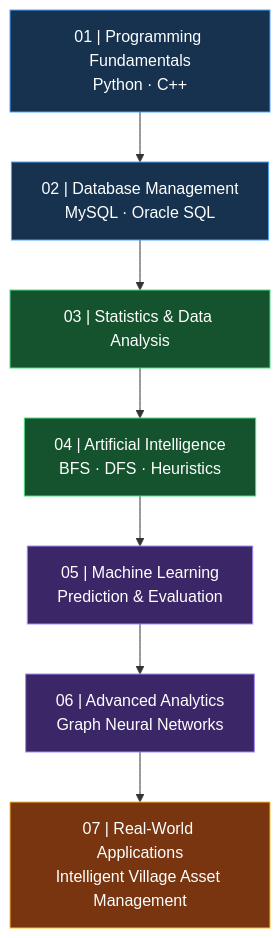
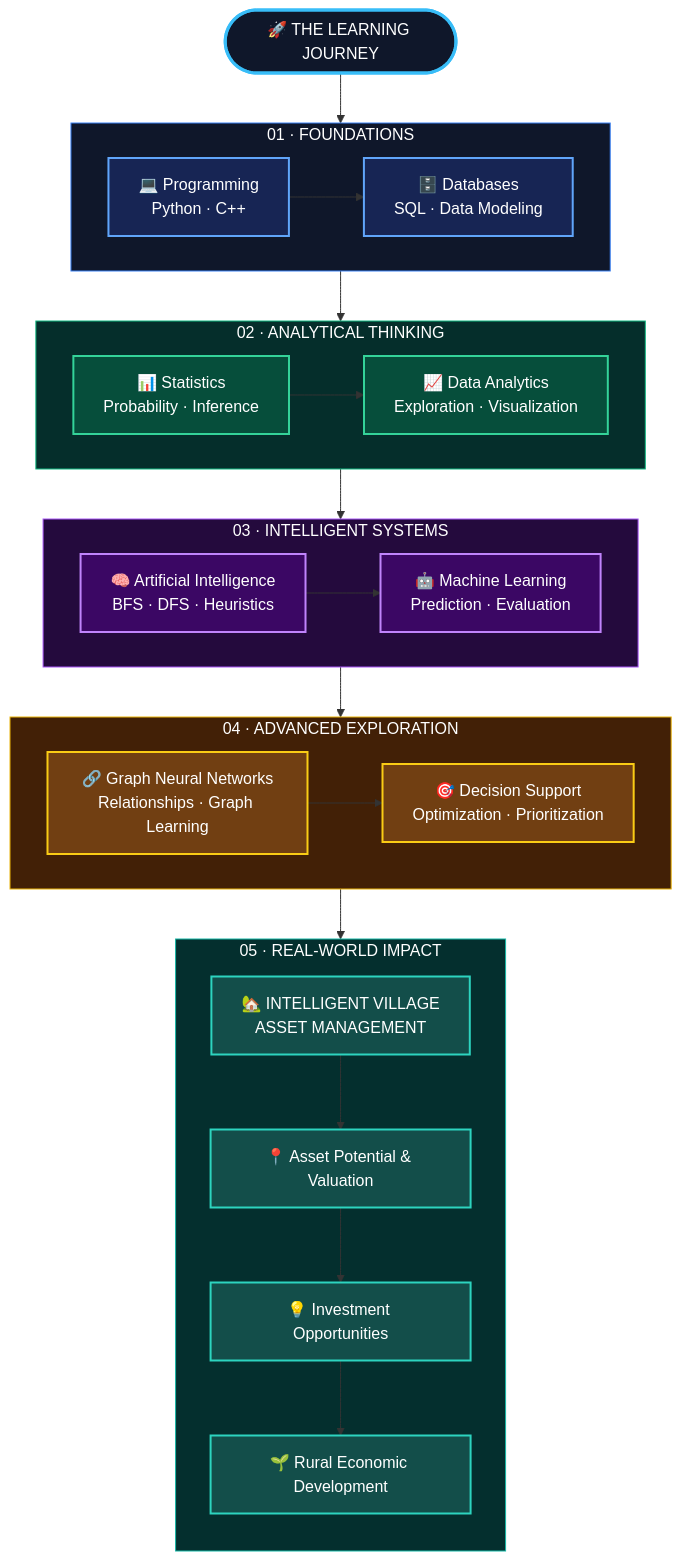
One commit to KukuhRiyanto/KukuhRiyanto changed the diagram in README.md. Above: the diagram before and after it, drawn with Mermaid. The commit also changed other lines of this file, not shown here.

````diff
--- a/README.md
+++ b/README.md
@@ -220,27 +226,67 @@
 ```mermaid
-flowchart TD
-    A["01 | Programming Fundamentals<br/>Python · C++"] 
-    B["02 | Database Management<br/>MySQL · Oracle SQL"]
-    C["03 | Statistics & Data Analysis"]
-    D["04 | Artificial Intelligence<br/>BFS · DFS · Heuristics"]
-    E["05 | Machine Learning<br/>Prediction & Evaluation"]
-    F["06 | Advanced Analytics<br/>Graph Neural Networks"]
-    G["07 | Real-World Applications<br/>Intelligent Village Asset Management"]
+flowchart TB
+    START(["🚀 THE LEARNING JOURNEY"])
 
-    A --> B
+    subgraph S1["01 · FOUNDATIONS"]
+        direction LR
+        A["💻 Programming<br/>Python · C++"]
+        B["🗄️ Databases<br/>SQL · Data Modeling"]
+        A --> B
+    end
+
+    subgraph S2["02 · ANALYTICAL THINKING"]
+        direction LR
+        C["📊 Statistics<br/>Probability · Inference"]
+        D["📈 Data Analytics<br/>Exploration · Visualization"]
+        C --> D
+    end
+
+    subgraph S3["03 · INTELLIGENT SYSTEMS"]
+        direction LR
+        E["🧠 Artificial Intelligence<br/>BFS · DFS · Heuristics"]
+        F["🤖 Machine Learning<br/>Prediction · Evaluation"]
+        E --> F
+    end
+
+    subgraph S4["04 · ADVANCED EXPLORATION"]
+        direction LR
+        G["🔗 Graph Neural Networks<br/>Relationships · Graph Learning"]
+        H["🎯 Decision Support<br/>Optimization · Prioritization"]
+        G --> H
+    end
+
+    subgraph S5["05 · REAL-WORLD IMPACT"]
+        direction TB
+        I["🏡 INTELLIGENT VILLAGE<br/>ASSET MANAGEMENT"]
+        J["📍 Asset Potential & Valuation"]
+        K["💡 Investment Opportunities"]
+        L["🌱 Rural Economic Development"]
+        I --> J --> K --> L
+    end
+
+    START --> A
     B --> C
-    C --> D
     D --> E
-    E --> F
     F --> G
+    H --> I
 
-    classDef foundation fill:#16324F,stroke:#4DA3FF,color:#FFFFFF
-    classDef analytics fill:#14532D,stroke:#4ADE80,color:#FFFFFF
-    classDef advanced fill:#3B2768,stroke:#A78BFA,color:#FFFFFF
-    classDef impact fill:#78350F,stroke:#FBBF24,color:#FFFFFF
+    classDef start fill:#0F172A,stroke:#38BDF8,color:#FFFFFF,stroke-width:3px
+    classDef foundation fill:#172554,stroke:#60A5FA,color:#FFFFFF,stroke-width:2px
+    classDef analytics fill:#064E3B,stroke:#34D399,color:#FFFFFF,stroke-width:2px
+    classDef ai fill:#3B0764,stroke:#C084FC,color:#FFFFFF,stroke-width:2px
+    classDef advanced fill:#713F12,stroke:#FACC15,color:#FFFFFF,stroke-width:2px
+    classDef impact fill:#134E4A,stroke:#2DD4BF,color:#FFFFFF,stroke-width:2px
 
+    class START start
     class A,B foundation
     class C,D analytics
-    class E,F advanced
-    class G impact
+    class E,F ai
+    class G,H advanced
+    class I,J,K,L impact
+
+    style S1 fill:#0F172A,stroke:#3B82F6,color:#FFFFFF
+    style S2 fill:#052E2B,stroke:#10B981,color:#FFFFFF
+    style S3 fill:#240A3D,stroke:#A855F7,color:#FFFFFF
+    style S4 fill:#422006,stroke:#EAB308,color:#FFFFFF
+    style S5 fill:#042F2E,stroke:#14B8A6,color:#FFFFFF
 ```
````
